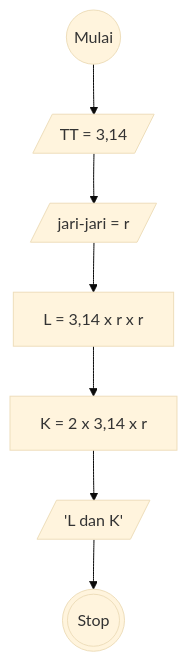
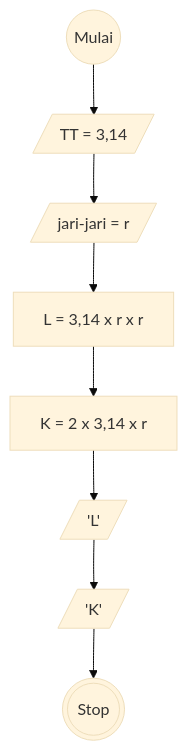
The diagram in luas-dan-keliling.md (MuhamadRafliShidiq/koda-b8-algoritma), drawn with Mermaid (base theme) before and after one commit.

````diff
--- a/luas-dan-keliling.md
+++ b/luas-dan-keliling.md
@@ -21,20 +21,22 @@
 ```mermaid
 
     flowchart TD
 
     a@{ shape: circle, label: "Mulai" }
     b@{ shape: lean-r, label: "TT = 3,14" }
     c@{ shape: lean-r, label: " jari-jari = r" }
     d@{ shape: rect, label: "L = 3,14 x r x r " }
     e@{ shape: rect, label: "K = 2 x 3,14 x r " }
-    f@{ shape: lean-r, label: "'L dan K'" }
-    g@{ shape: dbl-circ, label: "Stop" }
+    f@{ shape: lean-r, label: "'L'" }
+    g@{ shape: lean-r, label: "'K'" }
+    h@{ shape: dbl-circ, label: "Stop" }
 
     a --> b
     b --> c
     c --> d
     d --> e
     e --> f
     f --> g
+    g --> h
 
 ```
````
